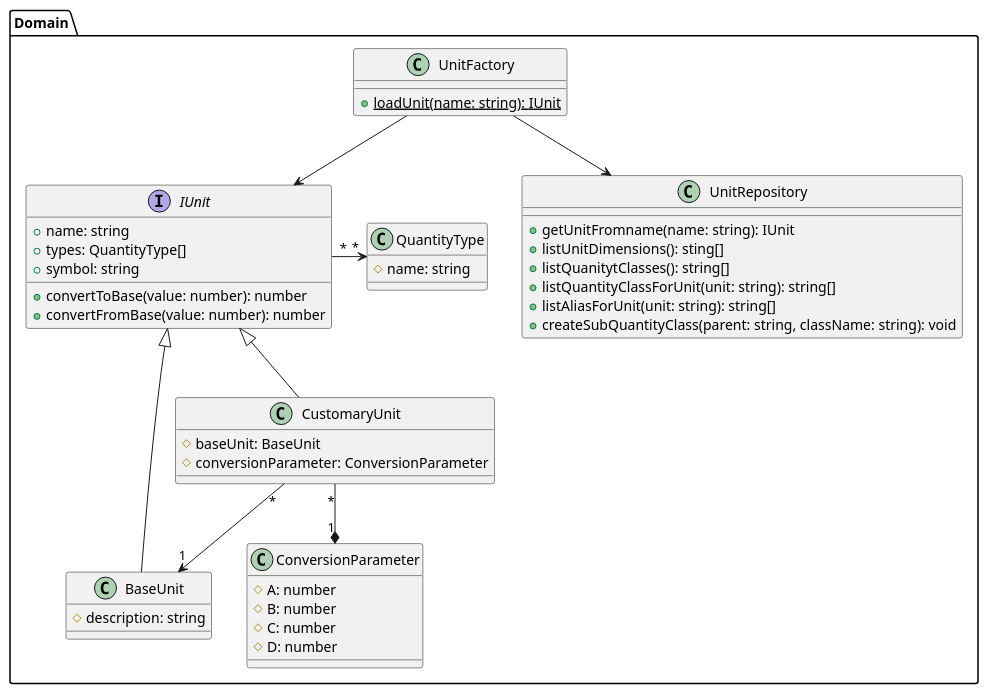
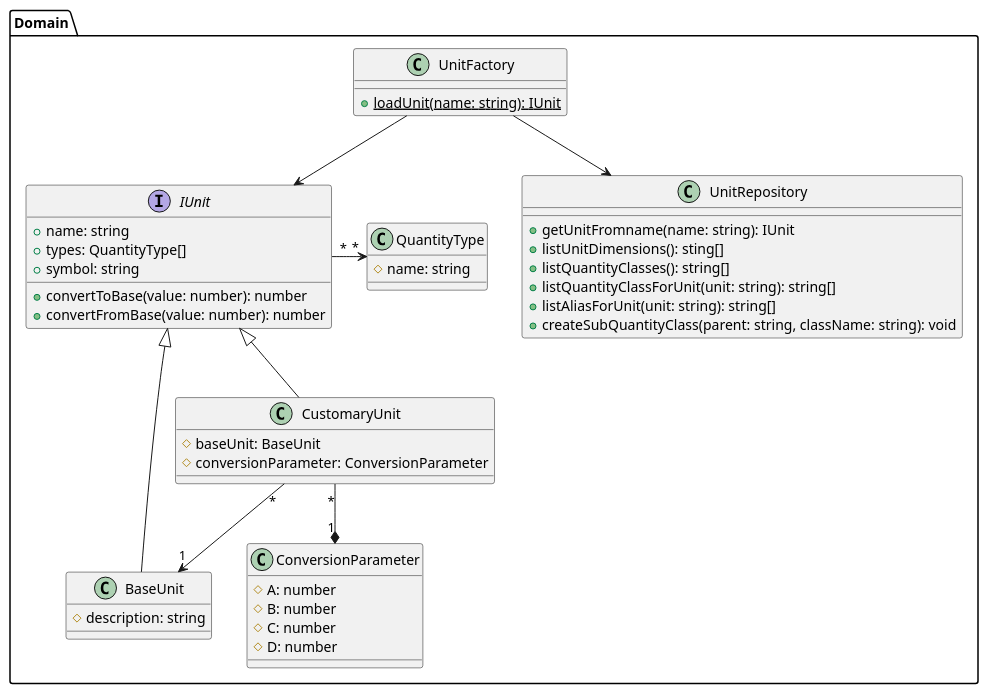
One commit to heig-vkaelin/ikt300-project changed the diagram in docs/uml-class-domain.plantuml. Above: the diagram before and after it, drawn with PlantUML. The commit also changed 7 other files, not shown here.

```diff
--- a/docs/uml-class-domain.plantuml
+++ b/docs/uml-class-domain.plantuml
@@ -1,50 +1,50 @@
 @startuml uml-class-domain
 
 package "Domain" {
   interface IUnit {
     + name: string
     + types: QuantityType[]
     + symbol: string
     + convertToBase(value: number): number
     + convertFromBase(value: number): number
   }
   class UnitFactory {
     + {static} loadUnit(name: string): IUnit
   }
   class ConversionParameter {
       # A: number
       # B: number
       # C: number
       # D: number
   }
 
   class BaseUnit {
       # description: string
   }
 
   class CustomaryUnit {
       # baseUnit: BaseUnit
       # conversionParameter: ConversionParameter
   }
   class QuantityType {
       # name: string
   }
   class UnitRepository {
     + getUnitFromname(name: string): IUnit
     + listUnitDimensions(): sting[]
-    + listQuanitytClasses(): string[]
+    + listQuantityClasses(): string[]
     + listQuantityClassForUnit(unit: string): string[]
     + listAliasForUnit(unit: string): string[]
     + createSubQuantityClass(parent: string, className: string): void
   }
 }
 
 BaseUnit -UP-|> IUnit
 CustomaryUnit -UP-|> IUnit
 CustomaryUnit "*" --> "1" BaseUnit
 CustomaryUnit "*" --* "1" ConversionParameter
 IUnit "*" -RIGHT-> "*" QuantityType
 UnitFactory --> IUnit
 UnitFactory --> UnitRepository
 
 @enduml
```
